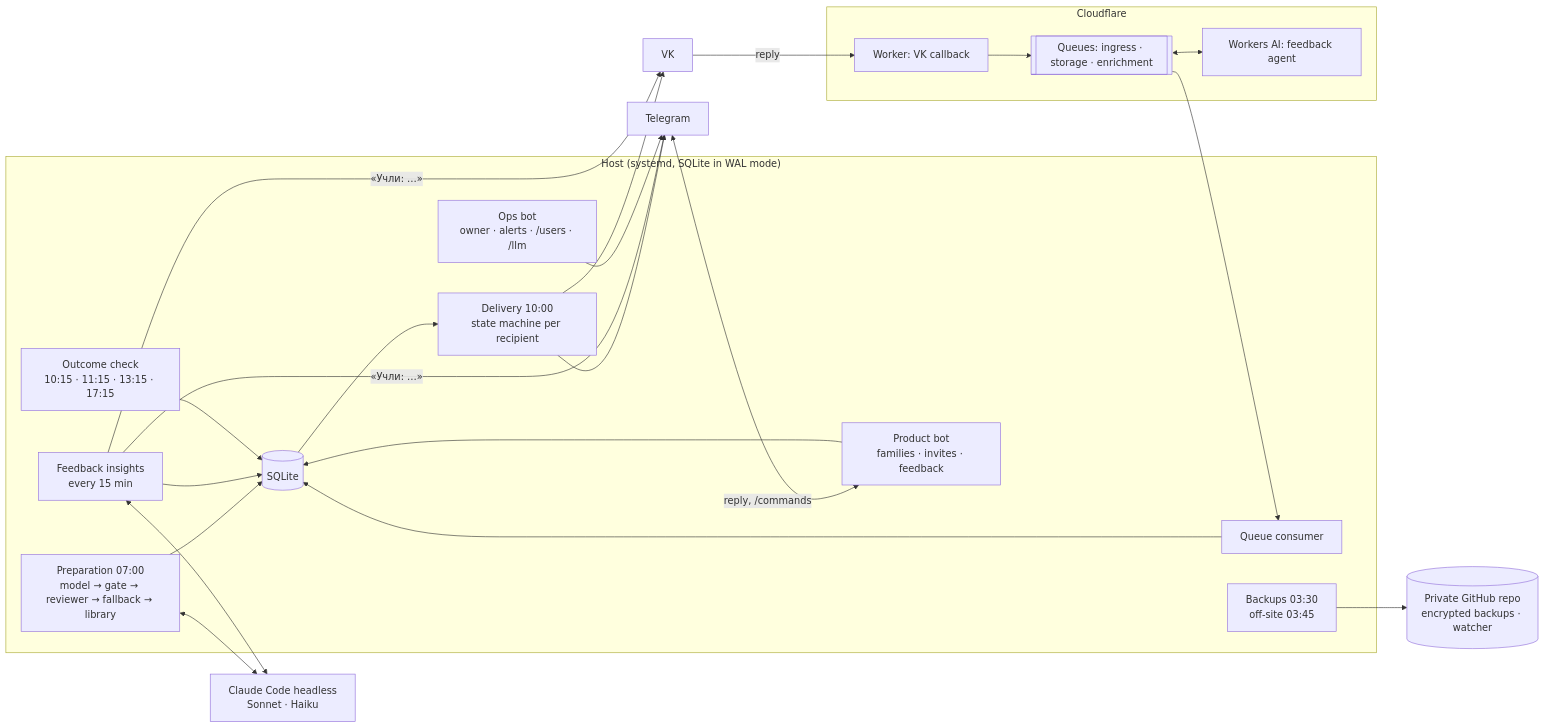
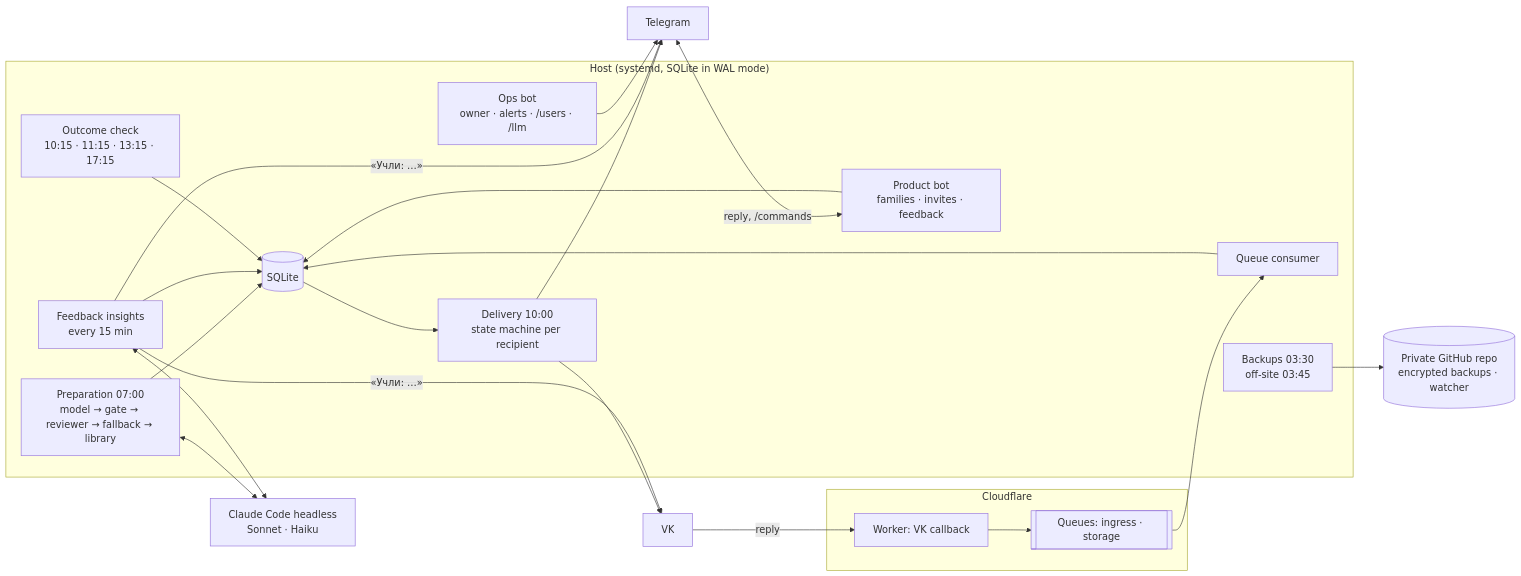
Before and after one commit to LukshinVI/game-of-the-day: the diagram in docs/architecture.md, drawn with Mermaid. The commit also changed other lines of this file and 47 other files, not shown here.

````diff
--- a/docs/architecture.md
+++ b/docs/architecture.md
@@ -9,36 +9,34 @@
 ```mermaid
 flowchart LR
     subgraph Host["Host (systemd, SQLite in WAL mode)"]
         PREP[Preparation 07:00<br/>model → gate → reviewer → fallback → library]
         DEL[Delivery 10:00<br/>state machine per recipient]
         CHK[Outcome check<br/>10:15 · 11:15 · 13:15 · 17:15]
         INS[Feedback insights<br/>every 15 min]
         PB[Product bot<br/>families · invites · feedback]
         OB[Ops bot<br/>owner · alerts · /users · /llm]
         CON[Queue consumer]
         BK[Backups 03:30<br/>off-site 03:45]
         DB[(SQLite)]
     end
     subgraph Edge["Cloudflare"]
         W[Worker: VK callback]
-        Q[[Queues: ingress · storage · enrichment]]
-        AI[Workers AI: feedback agent]
+        Q[[Queues: ingress · storage]]
     end
     CC[Claude Code headless<br/>Sonnet · Haiku]
     VK[VK]
     TG[Telegram]
     GH[(Private GitHub repo<br/>encrypted backups · watcher)]
 
     PREP <--> CC
     PREP --> DB
     DB --> DEL --> VK & TG
     VK -->|reply| W --> Q --> CON --> DB
-    Q <--> AI
     TG <-->|reply, /commands| PB --> DB
     INS <--> CC
     INS --> DB
     INS -->|"«Учли: …»"| VK & TG
     CHK --> DB
     OB --> TG
     BK --> GH
 ```
````
